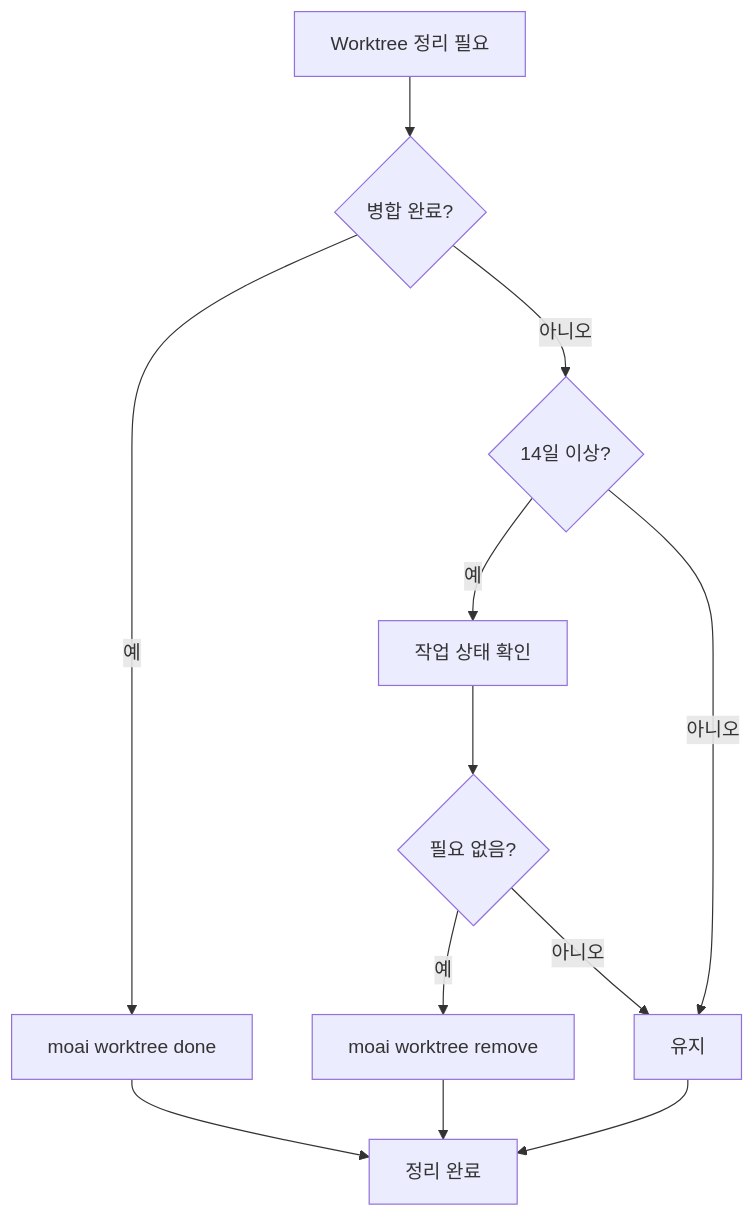
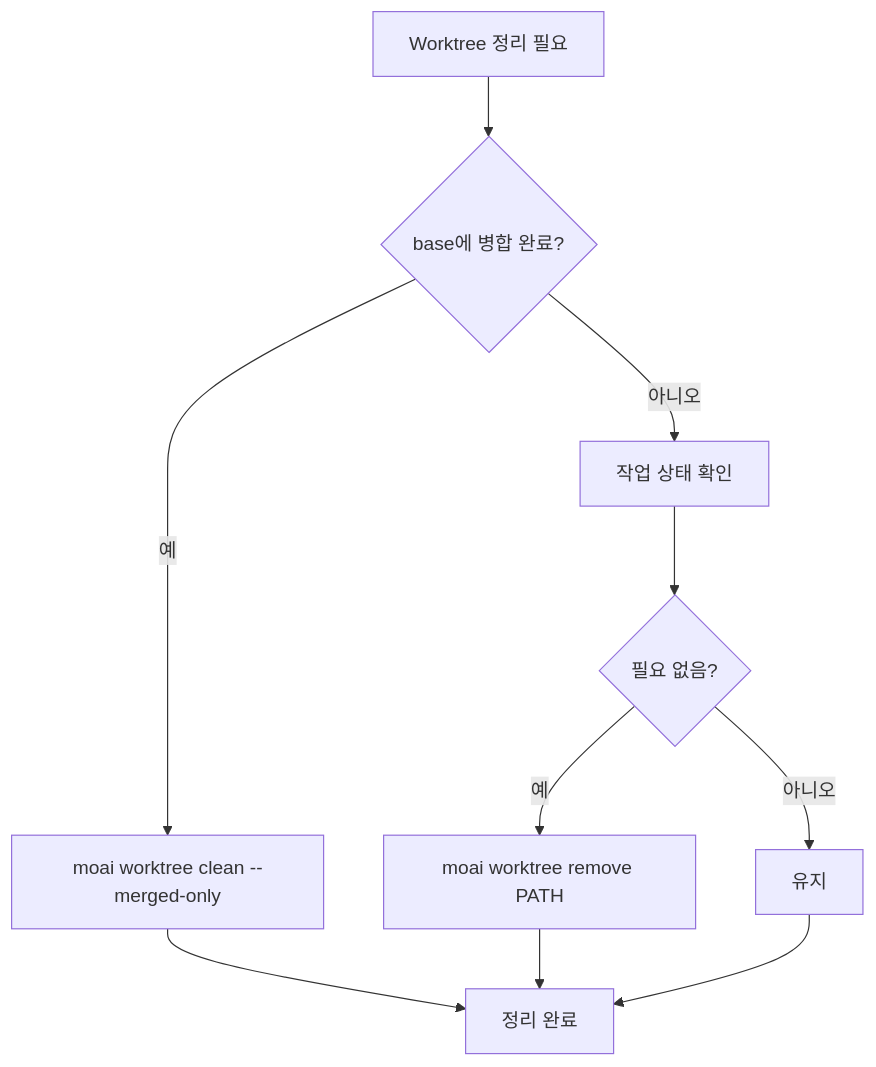
One commit to modu-ai/moai-adk changed the seventh of 9 diagrams in docs-site/content/ko/worktree/faq.md. Above: the diagram before and after it, drawn with Mermaid. The commit also changed other lines of this file and 180 other files, not shown here.

````diff
--- a/docs-site/content/ko/worktree/faq.md
+++ b/docs-site/content/ko/worktree/faq.md
@@ -345,14 +335,12 @@
 ```mermaid
 graph TD
-    A[Worktree 정리 필요] --> B{병합 완료?}
-    B -->|예| C[moai worktree done]
-    B -->|아니오| D{14일 이상?}
-    D -->|예| E[작업 상태 확인]
-    D -->|아니오| F[유지]
-    E --> G{필요 없음?}
-    G -->|예| H[moai worktree remove]
-    G -->|아니오| F
-    C --> I[정리 완료]
-    H --> I
-    F --> I
+    A[Worktree 정리 필요] --> B{base에 병합 완료?}
+    B -->|예| C[moai worktree clean --merged-only]
+    B -->|아니오| D[작업 상태 확인]
+    D --> E{필요 없음?}
+    E -->|예| F[moai worktree remove PATH]
+    E -->|아니오| G[유지]
+    C --> H[정리 완료]
+    F --> H
+    G --> H
 ```
````
